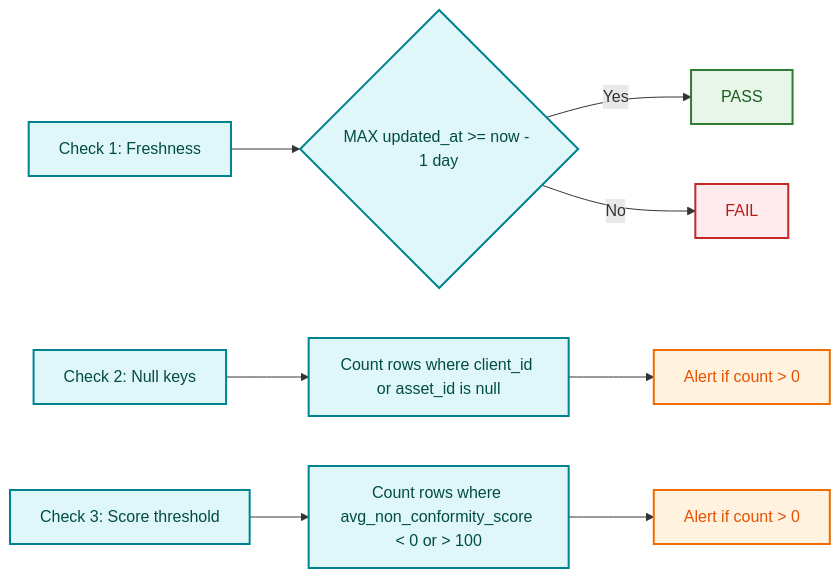
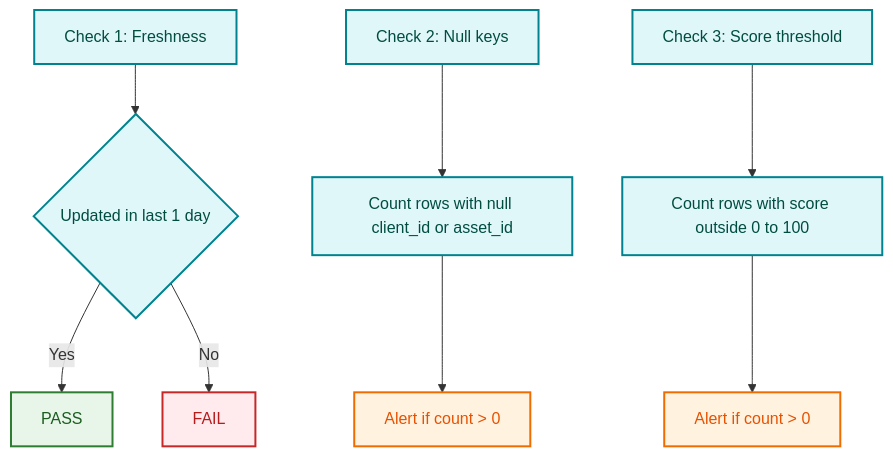
The ninth of 10 diagrams in README.md (willtran112358/socotec-client-data-solution), drawn with Mermaid before and after one commit. The commit also changed other lines of this file, not shown here.

First line of the commit message:
Improve Mermaid readability with vertical layouts.

````diff
--- a/README.md
+++ b/README.md
@@ -285,21 +285,21 @@
 ```mermaid
-flowchart LR
-    Q1[Check 1: Freshness] --> R1{MAX updated_at >= now - 1 day}
+flowchart TB
+    Q1[Check 1: Freshness] --> R1{Updated in last 1 day}
     R1 -->|Yes| P1[PASS]
     R1 -->|No| F1[FAIL]
 
-    Q2[Check 2: Null keys] --> R2[Count rows where client_id or asset_id is null]
+    Q2[Check 2: Null keys] --> R2[Count rows with null client_id or asset_id]
     R2 --> A2[Alert if count > 0]
 
-    Q3[Check 3: Score threshold] --> R3[Count rows where avg_non_conformity_score < 0 or > 100]
+    Q3[Check 3: Score threshold] --> R3[Count rows with score outside 0 to 100]
     R3 --> A3[Alert if count > 0]
 
     classDef check fill:#E0F7FA,stroke:#00838F,stroke-width:2px,color:#004D40;
     classDef ok fill:#E8F5E9,stroke:#2E7D32,stroke-width:2px,color:#1B5E20;
     classDef bad fill:#FFEBEE,stroke:#C62828,stroke-width:2px,color:#B71C1C;
     classDef act fill:#FFF3E0,stroke:#EF6C00,stroke-width:2px,color:#E65100;
     class Q1,Q2,Q3,R1,R2,R3 check;
     class P1 ok;
     class F1 bad;
     class A2,A3 act;
 ```
````
